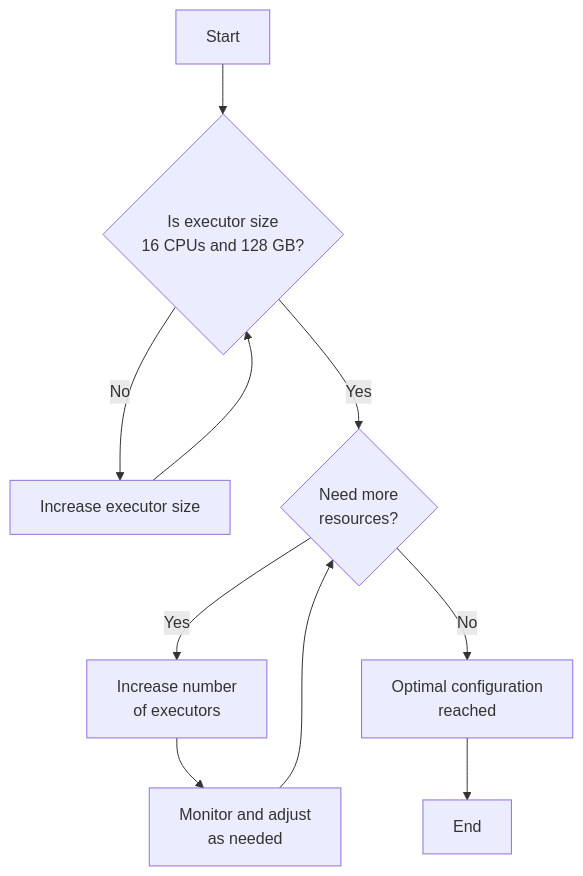
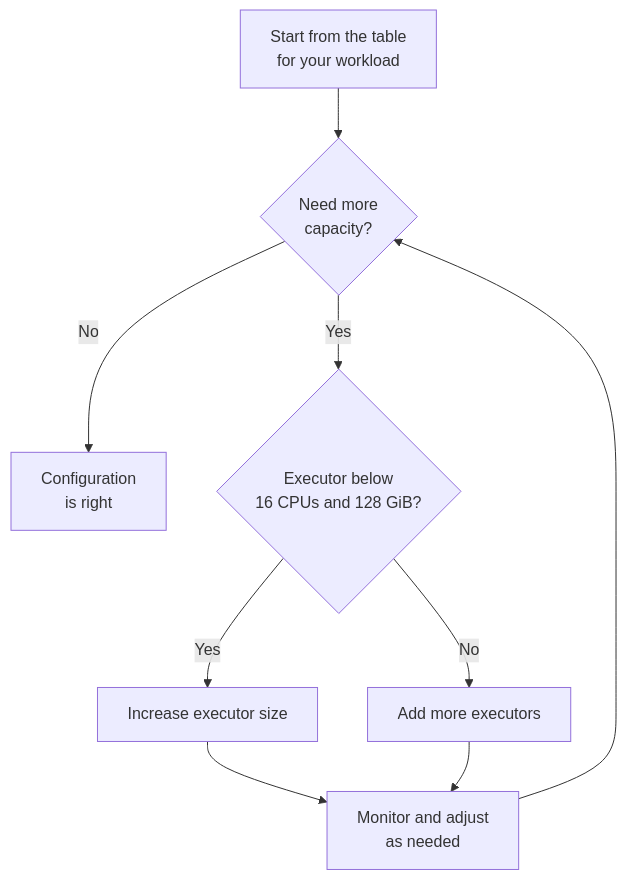
Before and after one commit to iomete/iom-docs: the diagram in user-guide/node-types/node-type-sizing.md, drawn with Mermaid. The commit also changed other lines of this file and 4 other files, not shown here.

````diff
--- a/user-guide/node-types/node-type-sizing.md
+++ b/user-guide/node-types/node-type-sizing.md
@@ -99,12 +106,11 @@
 ```mermaid
 graph TD
-  A[Start] --> B{Is executor size <br> 16 CPUs and 128 GB?}
-  B -->|No| C[Increase executor size]
-  C --> B
-  B -->|Yes| D{Need more <br> resources?}
-  D -->|Yes| E[Increase number <br> of executors]
-  D -->|No| F[Optimal configuration <br> reached]
-  E --> J[Monitor and adjust <br> as needed]
-  J --> D
-  F --> K[End]
+  A[Start from the table <br> for your workload] --> B{Need more <br> capacity?}
+  B -->|No| C[Configuration <br> is right]
+  B -->|Yes| D{Executor below <br> 16 CPUs and 128 GiB?}
+  D -->|Yes| E[Increase executor size]
+  D -->|No| F[Add more executors]
+  E --> G[Monitor and adjust <br> as needed]
+  F --> G
+  G --> B
 ```
````
